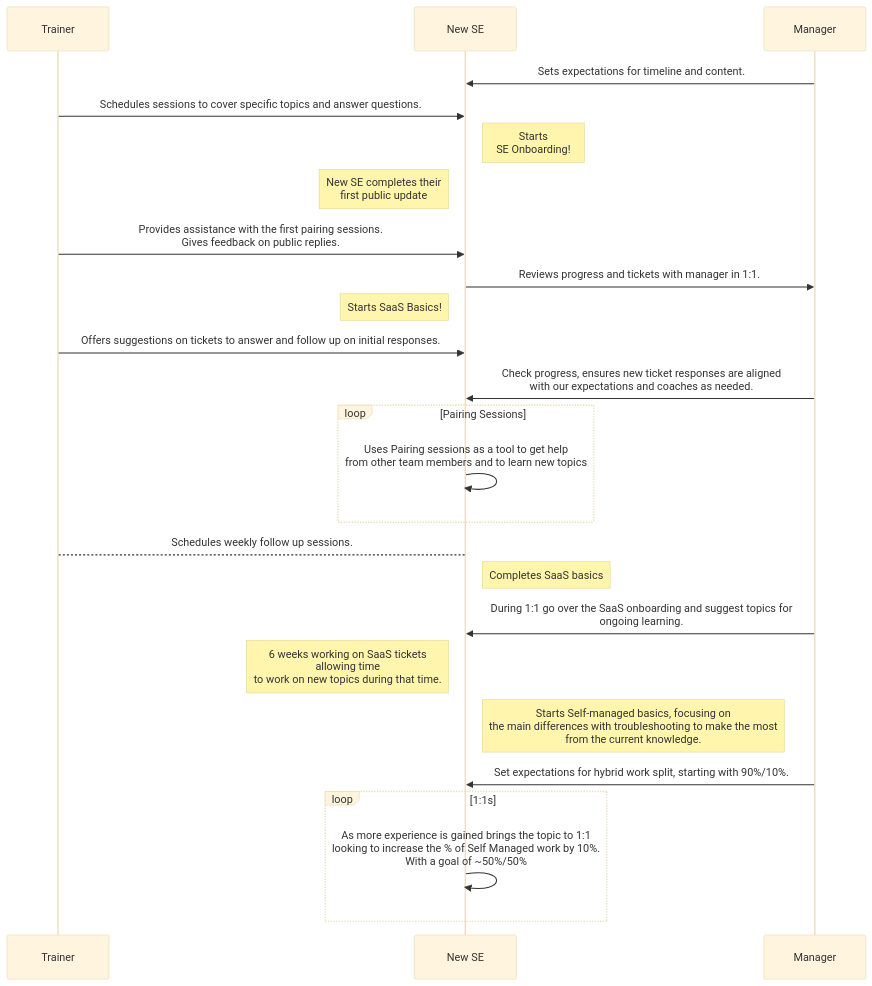
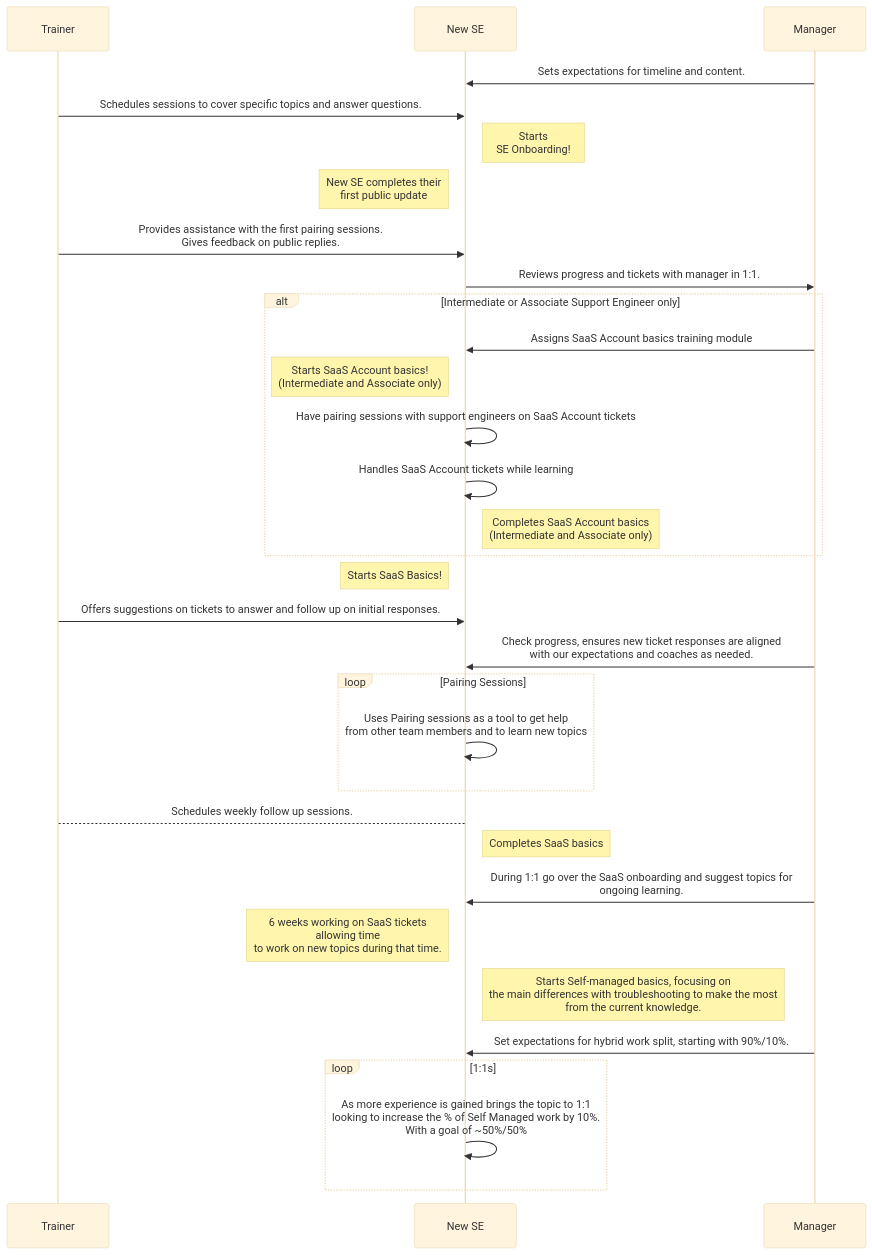
Before and after one commit to zalyoung/gitlab-handbook: the diagram in content/handbook/support/training/_index.md, drawn with Mermaid (base theme).

Commit message:
Added SaaS account flow to mermaid diagram

````diff
--- a/content/handbook/support/training/_index.md
+++ b/content/handbook/support/training/_index.md
@@ -26,35 +26,43 @@
 ```mermaid
 sequenceDiagram
     participant Trainer
     participant New SE
     participant Manager
 
     Manager->>New SE: Sets expectations for timeline and content.
     Trainer->>New SE: Schedules sessions to cover specific topics and answer questions.
     Note right of New SE: Starts <br/>SE Onboarding!
     Note left of New SE: New SE completes their <br/>first public update
     Trainer->>New SE: Provides assistance with the first pairing sessions.<br/>Gives feedback on public replies.
     New SE->>Manager: Reviews progress and tickets with manager in 1:1.
+    
+    alt Intermediate or Associate Support Engineer only
+        Manager->>New SE: Assigns SaaS Account basics training module
+        Note left of New SE: Starts SaaS Account basics!<br/>(Intermediate and Associate only)
+        New SE->>New SE: Have pairing sessions with support engineers on SaaS Account tickets
+        New SE->>New SE: Handles SaaS Account tickets while learning
+        Note right of New SE: Completes SaaS Account basics<br/>(Intermediate and Associate only)
+    end
+    
     Note left of New SE: Starts SaaS Basics!
     Trainer->>New SE: Offers suggestions on tickets to answer and follow up on initial responses.
 
     Manager->>New SE: Check progress, ensures new ticket responses are aligned<br/> with our expectations and coaches as needed.
 
     loop Pairing Sessions
         New SE->>New SE: Uses Pairing sessions as a tool to get help<br/>from other team members and to learn new topics
     end
 
     Trainer-->New SE: Schedules weekly follow up sessions.
-
 
     Note right of New SE: Completes SaaS basics
     Manager->>New SE: During 1:1 go over the SaaS onboarding and suggest topics for<br/>ongoing learning.
     Note left of New SE: 6 weeks working on SaaS tickets<br/>allowing time<br/> to work on new topics during that time.
     Note right of New SE: Starts Self-managed basics, focusing on <br/> the main differences with troubleshooting to make the most <br/> from the current  knowledge.
 
     Manager->>New SE: Set expectations for hybrid work split, starting with 90%/10%.
 
     loop 1:1s
         New SE->>New SE: As more experience is gained brings the topic to 1:1<br/>looking to increase the % of Self Managed work by 10%.<br/>With a goal of ~50%/50%
     end
 ```
````
